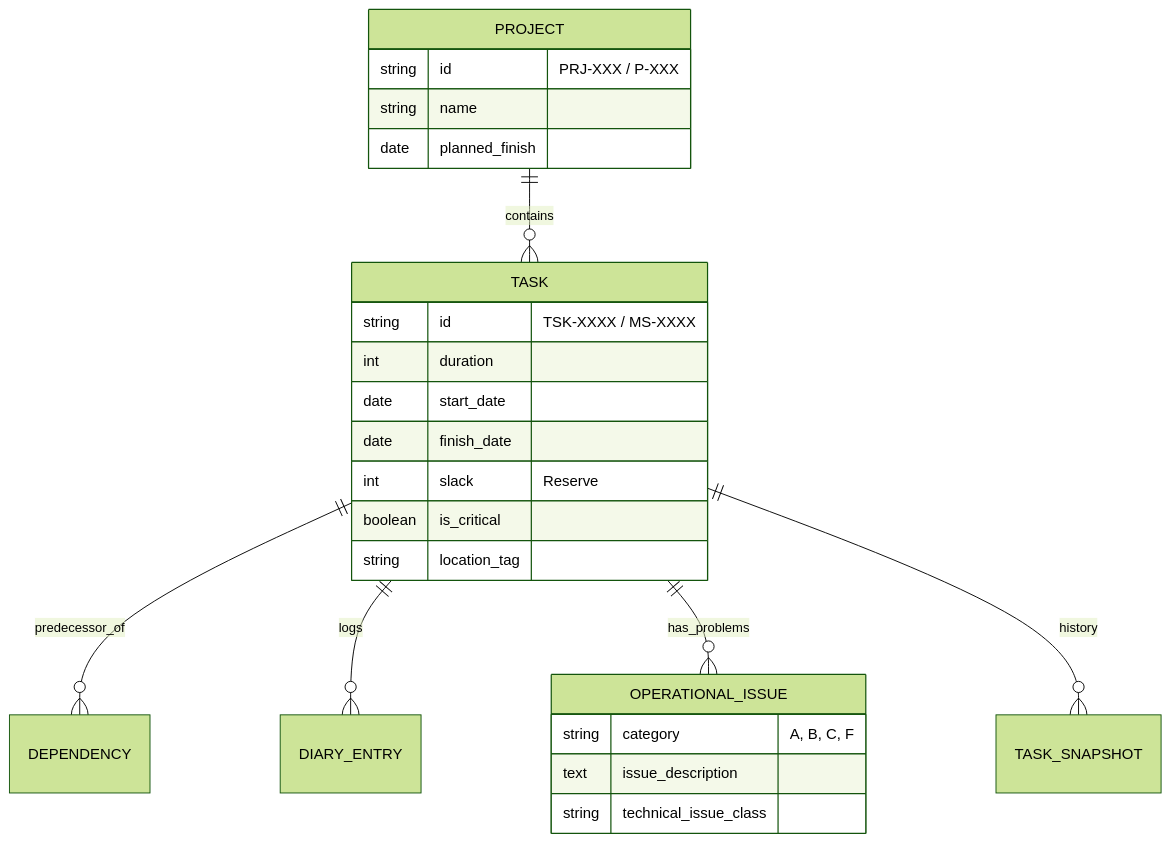
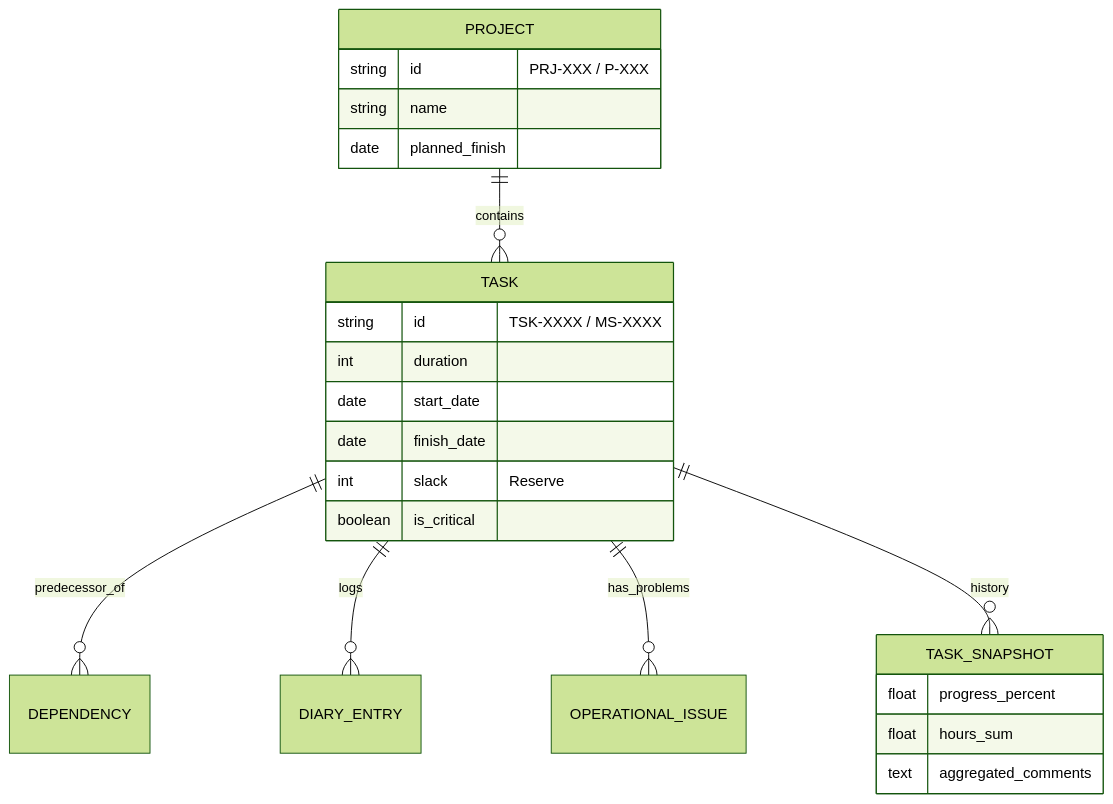
Before and after one commit to fckmanabove/Project-Chain: the second of 2 diagrams in README.md, drawn with Mermaid (forest theme). The commit also changed other lines of this file, not shown here.

````diff
--- a/README.md
+++ b/README.md
@@ -24,27 +24,26 @@
 ```mermaid
 erDiagram
     PROJECT ||--o{ TASK : "contains"
     TASK ||--o{ DEPENDENCY : "predecessor_of"
     TASK ||--o{ DIARY_ENTRY : "logs"
     TASK ||--o{ OPERATIONAL_ISSUE : "has_problems"
     TASK ||--o{ TASK_SNAPSHOT : "history"
     PROJECT {
         string id "PRJ-XXX / P-XXX"
         string name
         date planned_finish
     }
     TASK {
         string id "TSK-XXXX / MS-XXXX"
         int duration
         date start_date
         date finish_date
         int slack "Reserve"
         boolean is_critical
-        string location_tag
     }
-    OPERATIONAL_ISSUE {
-        string category "A, B, C, F"
-        text issue_description
-        string technical_issue_class
+    TASK_SNAPSHOT {
+        float progress_percent
+        float hours_sum
+        text aggregated_comments
     }
 ```
````
